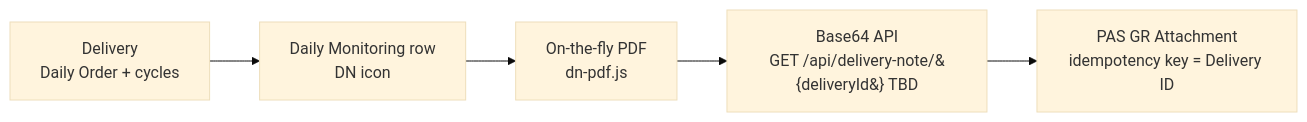
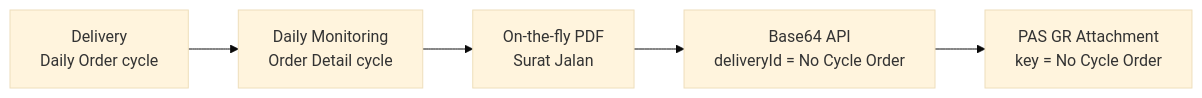
The diagram in docs/delivery-note-spec.md (santo-san/tc-pbr), drawn with Mermaid (base theme) before and after one commit. The commit also changed other lines of this file and 7 other files, not shown here.

First line of the commit message:
Surat Jalan per cycle in Order Detail (Delivery = cycle)

````diff
--- a/docs/delivery-note-spec.md
+++ b/docs/delivery-note-spec.md
@@ -9,7 +21,7 @@
 ```mermaid
 flowchart LR
-  A[Delivery<br>Daily Order + cycles] --> B[Daily Monitoring row<br>DN icon]
-  B --> C[On-the-fly PDF<br>dn-pdf.js]
-  C --> D[Base64 API<br>GET /api/delivery-note/&#123;deliveryId&#125; TBD]
-  D --> E[PAS GR Attachment<br>idempotency key = Delivery ID]
+  A[Delivery<br>Daily Order cycle] --> B[Daily Monitoring<br>Order Detail cycle]
+  B --> C[On-the-fly PDF<br>Surat Jalan]
+  C --> D[Base64 API<br>deliveryId = No Cycle Order]
+  D --> E[PAS GR Attachment<br>key = No Cycle Order]
 ```
````
